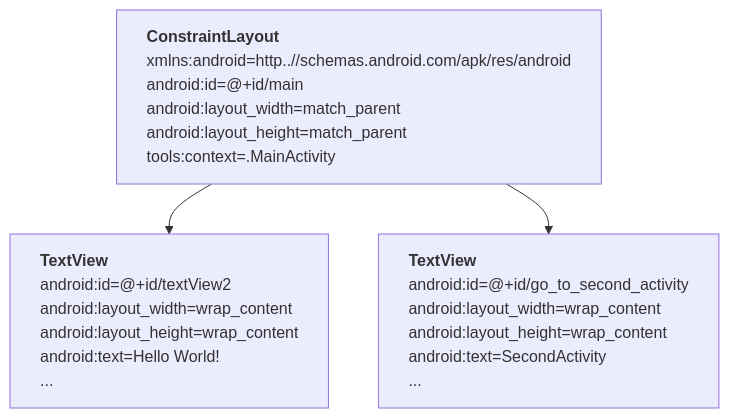
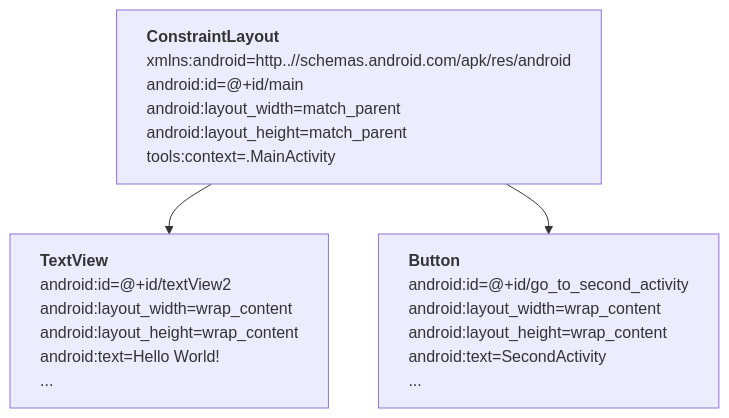
Before and after one commit to sibsutisTelecomDep/blog: the diagram in book/android/basic_02.md, drawn with Mermaid. The commit also changed other lines of this file, not shown here.

````diff
--- a/book/android/basic_02.md
+++ b/book/android/basic_02.md
@@ -28,29 +41,29 @@
 ```{mermaid}
 
 flowchart TD 
     ConstraintLayout["`**ConstraintLayout**
     xmlns:android=http..//schemas.android.com/apk/res/android
     android:id=@+id/main
     android:layout_width=match_parent
     android:layout_height=match_parent
     tools:context=.MainActivity`"]
     TextView["`**TextView**
     android:id=@+id/textView2
     android:layout_width=wrap_content
     android:layout_height=wrap_content
     android:text=Hello World!
     ...`"]
-    Button["`**TextView**
+    Button["`**Button**
     android:id=@+id/go_to_second_activity
     android:layout_width=wrap_content
     android:layout_height=wrap_content
     android:text=SecondActivity
     ...`"]
 
     style ConstraintLayout text-align:left
     style TextView text-align:left
     style Button text-align:left
 
     ConstraintLayout --> TextView
     ConstraintLayout --> Button
 ```
````
